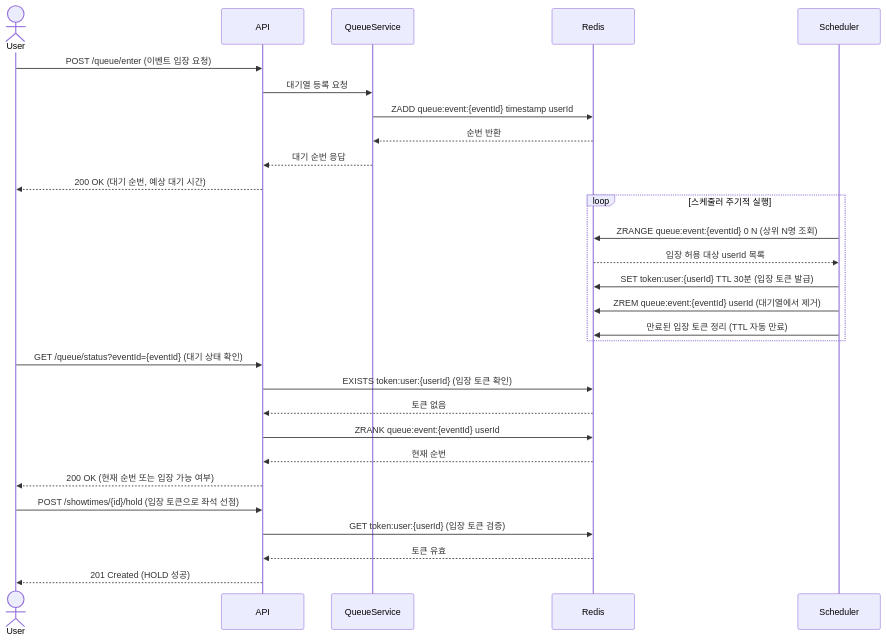
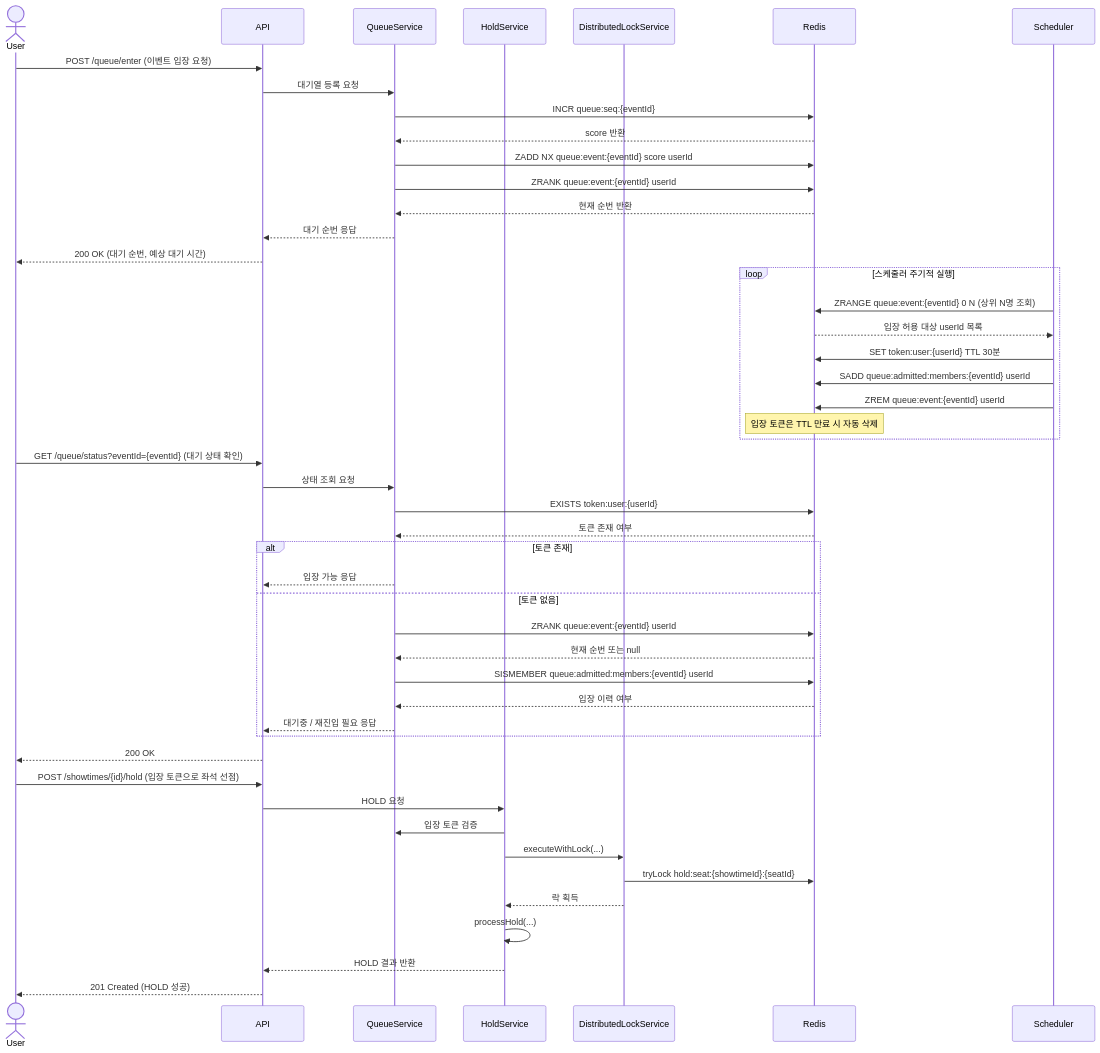
Before and after one commit to seungpil97/ticketing-reservation-service: the second of 3 diagrams in docs/architecture/README.md, drawn with Mermaid. The commit also changed other lines of this file and 1 other file, not shown here.

Commit message:
docs(TASK-057): Redis Key Naming 지침 불일치 수정 및 누락 key 추가 (#83)
* docs(TASK-057): Redis Key Naming 지침 불일치 수정 및 누락 key 추가

* chore(TASK-057): QueueRedisRepository 상단 Redis Key 주석에 queue:seq 항목 추가

````diff
--- a/docs/architecture/README.md
+++ b/docs/architecture/README.md
@@ -48,35 +48,55 @@
 ```mermaid
 sequenceDiagram
     actor User
     participant API
     participant QueueService
+    participant HoldService
+    participant DistributedLockService
     participant Redis
     participant Scheduler
 
     User->>API: POST /queue/enter (이벤트 입장 요청)
     API->>QueueService: 대기열 등록 요청
-    QueueService->>Redis: ZADD queue:event:{eventId} timestamp userId
-    Redis-->>QueueService: 순번 반환
+    QueueService->>Redis: INCR queue:seq:{eventId}
+    Redis-->>QueueService: score 반환
+    QueueService->>Redis: ZADD NX queue:event:{eventId} score userId
+    QueueService->>Redis: ZRANK queue:event:{eventId} userId
+    Redis-->>QueueService: 현재 순번 반환
     QueueService-->>API: 대기 순번 응답
     API-->>User: 200 OK (대기 순번, 예상 대기 시간)
 
     loop 스케줄러 주기적 실행
         Scheduler->>Redis: ZRANGE queue:event:{eventId} 0 N (상위 N명 조회)
         Redis-->>Scheduler: 입장 허용 대상 userId 목록
-        Scheduler->>Redis: SET token:user:{userId} TTL 30분 (입장 토큰 발급)
-        Scheduler->>Redis: ZREM queue:event:{eventId} userId (대기열에서 제거)
-        Scheduler->>Redis: 만료된 입장 토큰 정리 (TTL 자동 만료)
+        Scheduler->>Redis: SET token:user:{userId} TTL 30분
+        Scheduler->>Redis: SADD queue:admitted:members:{eventId} userId
+        Scheduler->>Redis: ZREM queue:event:{eventId} userId
+        Note over Redis: 입장 토큰은 TTL 만료 시 자동 삭제
     end
 
     User->>API: GET /queue/status?eventId={eventId} (대기 상태 확인)
-    API->>Redis: EXISTS token:user:{userId} (입장 토큰 확인)
-    Redis-->>API: 토큰 없음
-    API->>Redis: ZRANK queue:event:{eventId} userId
-    Redis-->>API: 현재 순번
-    API-->>User: 200 OK (현재 순번 또는 입장 가능 여부)
+    API->>QueueService: 상태 조회 요청
+    QueueService->>Redis: EXISTS token:user:{userId}
+    Redis-->>QueueService: 토큰 존재 여부
+    
+    alt 토큰 존재
+        QueueService-->>API: 입장 가능 응답
+    else 토큰 없음
+        QueueService->>Redis: ZRANK queue:event:{eventId} userId
+        Redis-->>QueueService: 현재 순번 또는 null
+        QueueService->>Redis: SISMEMBER queue:admitted:members:{eventId} userId
+        Redis-->>QueueService: 입장 이력 여부
+        QueueService-->>API: 대기중 / 재진입 필요 응답
+    end   
+    API-->>User: 200 OK
 
     User->>API: POST /showtimes/{id}/hold (입장 토큰으로 좌석 선점)
-    API->>Redis: GET token:user:{userId} (입장 토큰 검증)
-    Redis-->>API: 토큰 유효
+    API->>HoldService: HOLD 요청
+    HoldService->>QueueService: 입장 토큰 검증
+    HoldService->>DistributedLockService: executeWithLock(...)
+    DistributedLockService->>Redis: tryLock hold:seat:{showtimeId}:{seatId}
+    DistributedLockService-->>HoldService: 락 획득
+    HoldService->>HoldService: processHold(...)
+    HoldService-->>API: HOLD 결과 반환
     API-->>User: 201 Created (HOLD 성공)
 ```
````
